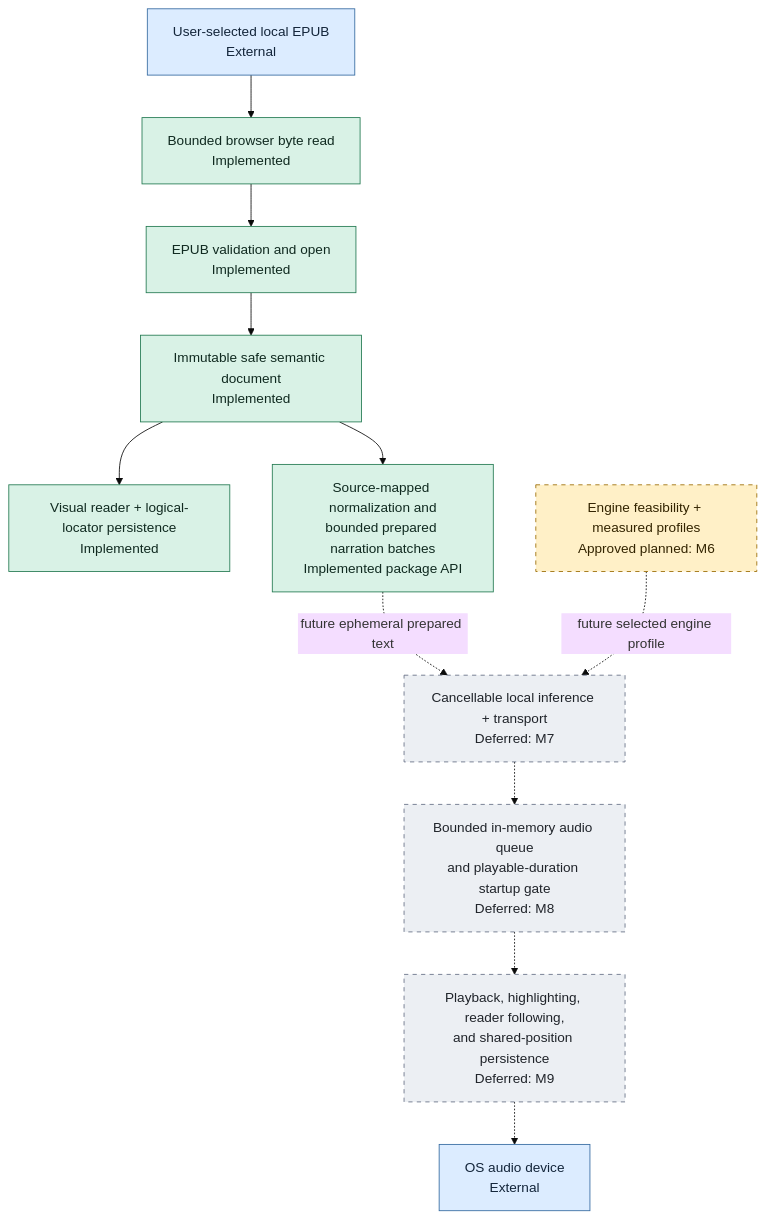
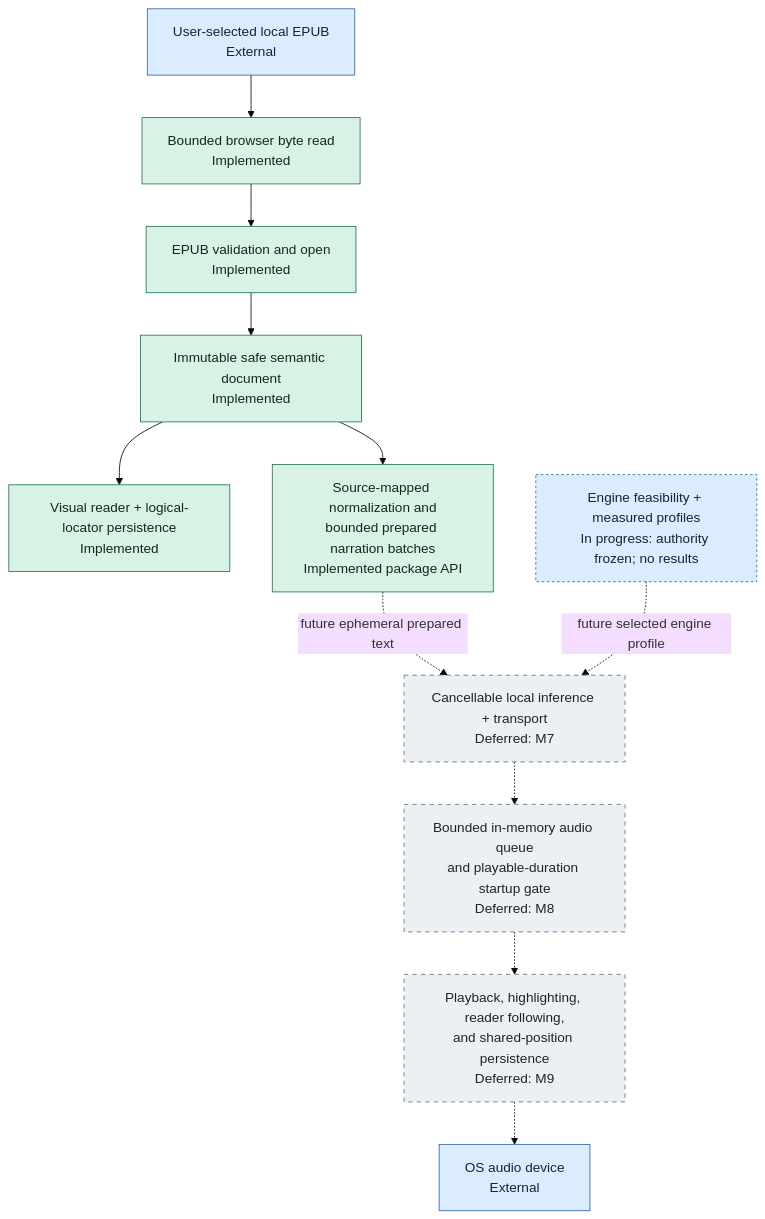
The second of 2 diagrams in docs/architecture/system-diagram.md (mmjosedaniel/voxleaf), drawn with Mermaid (base theme) before and after one commit. The commit also changed other lines of this file and 19 other files, not shown here.

First line of the commit message:
Freeze TTS evaluation authority before results (#93)

````diff
--- a/docs/architecture/system-diagram.md
+++ b/docs/architecture/system-diagram.md
@@ -96,27 +97,28 @@
 ```mermaid
 flowchart TD
     classDef implemented fill:#d9f2e6,stroke:#247a52,color:#102a20
+    classDef progress fill:#dcecff,stroke:#356aa0,color:#13253a,stroke-dasharray: 3 3
     classDef planned fill:#fff0c7,stroke:#9a6b00,color:#332400,stroke-dasharray: 5 5
     classDef deferred fill:#eceff3,stroke:#667085,color:#20242a,stroke-dasharray: 5 5
     classDef external fill:#dcecff,stroke:#356aa0,color:#13253a
 
     FILE["User-selected local EPUB<br/>External"]:::external
     READ["Bounded browser byte read<br/>Implemented"]:::implemented
     OPEN["EPUB validation and open<br/>Implemented"]:::implemented
     SAFE["Immutable safe semantic document<br/>Implemented"]:::implemented
     VISUAL["Visual reader + logical-locator persistence<br/>Implemented"]:::implemented
     PREP["Source-mapped normalization and<br/>bounded prepared narration batches<br/>Implemented package API"]:::implemented
-    PROFILE["Engine feasibility + measured profiles<br/>Approved planned: M6"]:::planned
+    PROFILE["Engine feasibility + measured profiles<br/>In progress: authority frozen; no results"]:::progress
     INFER["Cancellable local inference + transport<br/>Deferred: M7"]:::deferred
     BUFFER["Bounded in-memory audio queue<br/>and playable-duration startup gate<br/>Deferred: M8"]:::deferred
     FOLLOW["Playback, highlighting, reader following,<br/>and shared-position persistence<br/>Deferred: M9"]:::deferred
     DEVICE["OS audio device<br/>External"]:::external
 
     FILE --> READ --> OPEN --> SAFE --> VISUAL
     SAFE --> PREP
     PREP -.->|"future ephemeral prepared text"| INFER
     PROFILE -.->|"future selected engine profile"| INFER
     INFER -.-> BUFFER
     BUFFER -.-> FOLLOW
     FOLLOW -.-> DEVICE
 ```
````
